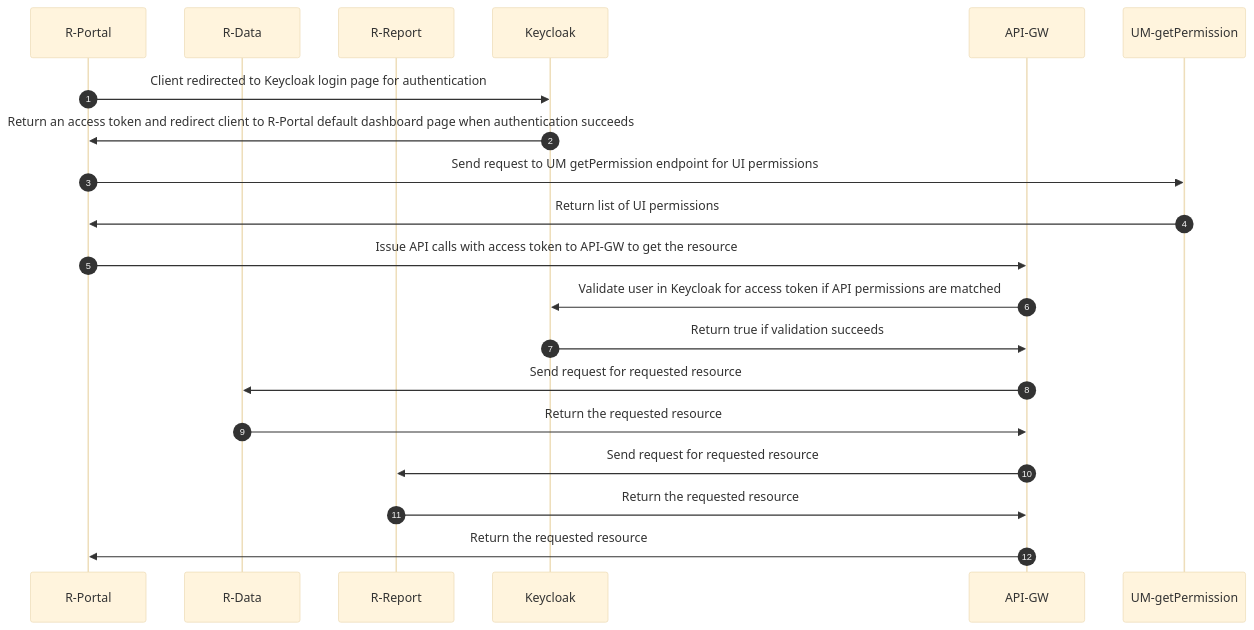
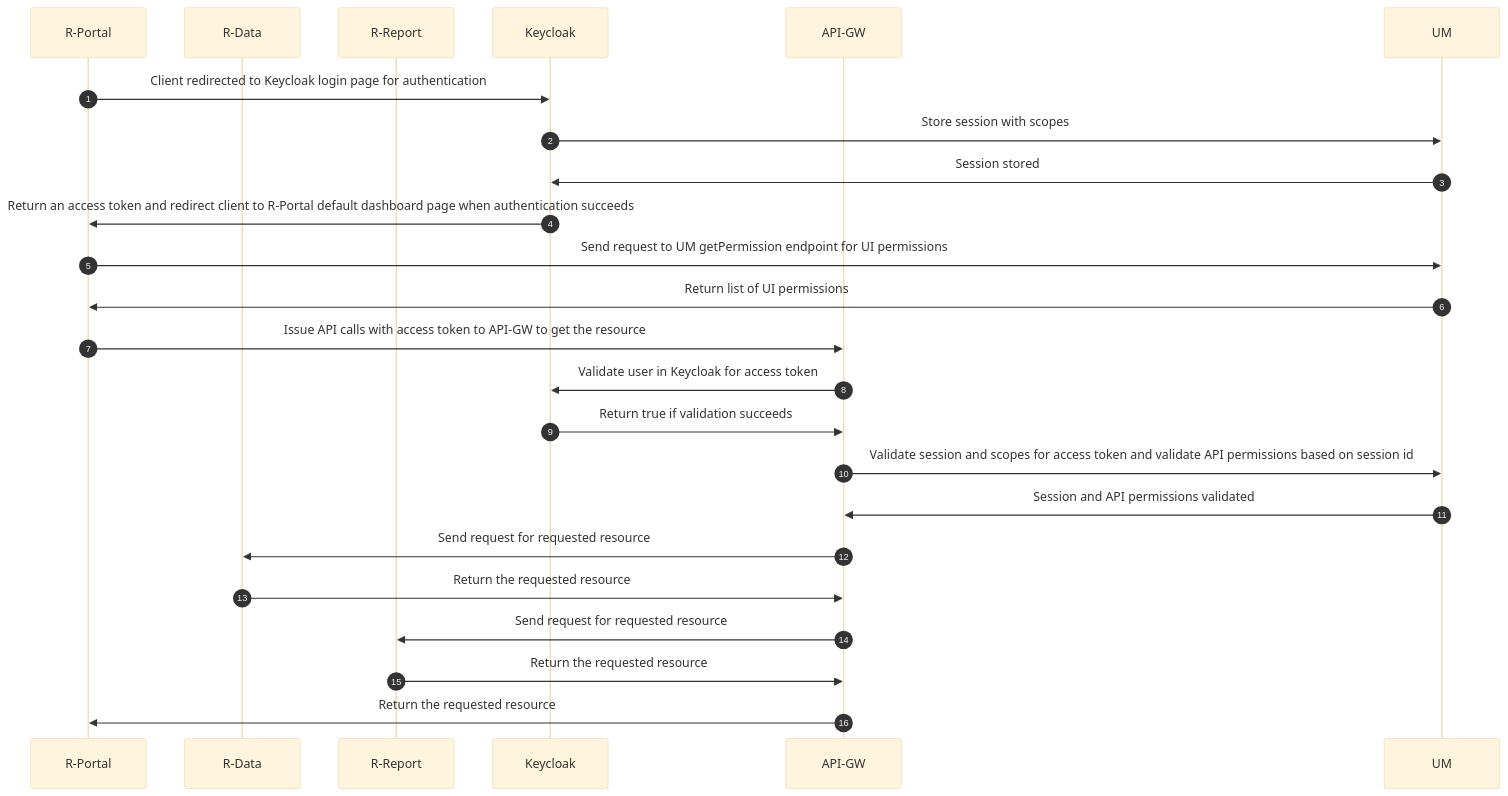
One commit to jayrzhang/R-Auth changed the fourth of 4 diagrams in R-Auth.md. Above: the diagram before and after it, drawn with Mermaid (base theme).

````diff
--- a/R-Auth.md
+++ b/R-Auth.md
@@ -91,22 +91,26 @@
 ``` mermaid
     sequenceDiagram
     autonumber
     participant R-Portal
     participant R-Data
     participant R-Report
     participant Keycloak
     participant API-GW
-    participant UM-getPermission
+    participant UM
     R-Portal->>Keycloak: Client redirected to Keycloak login page for authentication
+    Keycloak->>UM: Store session with scopes
+    UM->>Keycloak: Session stored
     Keycloak->>R-Portal: Return an access token and redirect client to R-Portal default dashboard page when authentication succeeds
-    R-Portal->>UM-getPermission: Send request to UM getPermission endpoint for UI permissions
-    UM-getPermission->>R-Portal: Return list of UI permissions
+    R-Portal->>UM: Send request to UM getPermission endpoint for UI permissions
+    UM->>R-Portal: Return list of UI permissions
     R-Portal->>API-GW: Issue API calls with access token to API-GW to get the resource
-    API-GW->>Keycloak: Validate user in Keycloak for access token if API permissions are matched
+    API-GW->>Keycloak: Validate user in Keycloak for access token
     Keycloak->>API-GW: Return true if validation succeeds
+    API-GW->>UM: Validate session and scopes for access token and validate API permissions based on session id
+    UM->>API-GW: Session and API permissions validated
     API-GW->>R-Data: Send request for requested resource
     R-Data->>API-GW: Return the requested resource
     API-GW->>R-Report: Send request for requested resource
     R-Report->>API-GW: Return the requested resource
     API-GW->>R-Portal: Return the requested resource
 ```
````
